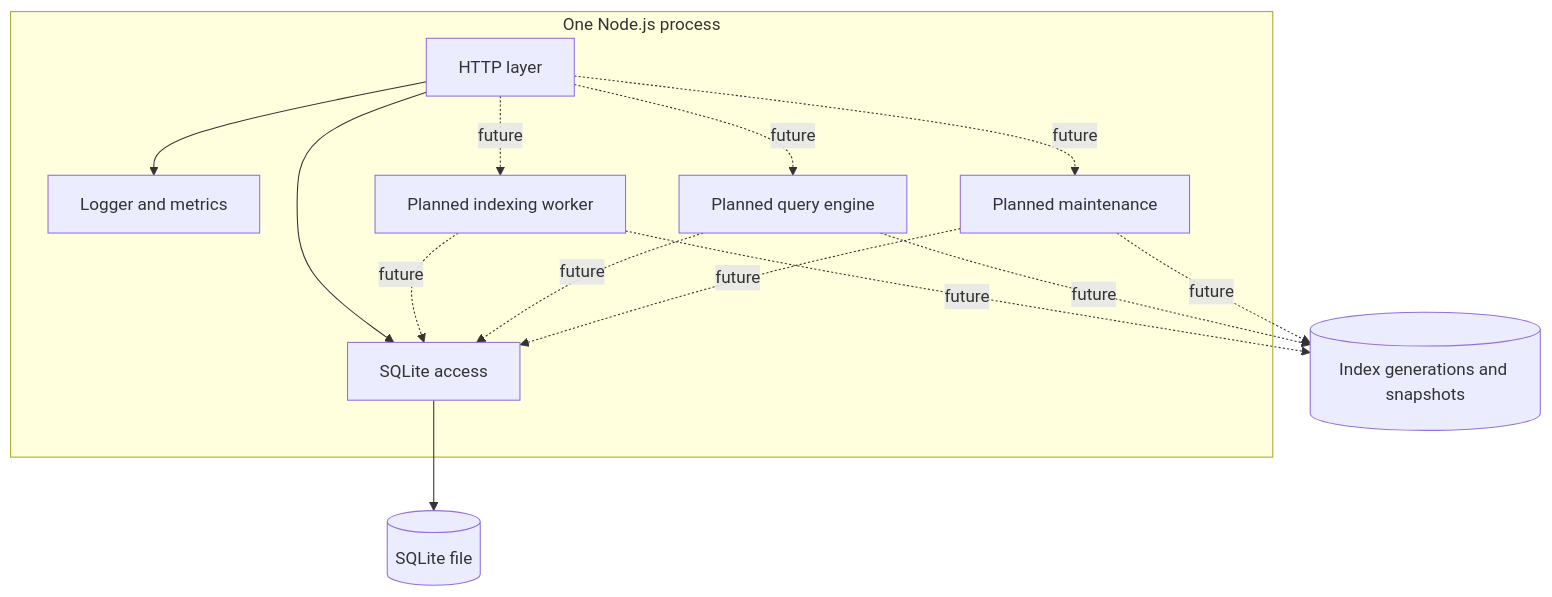
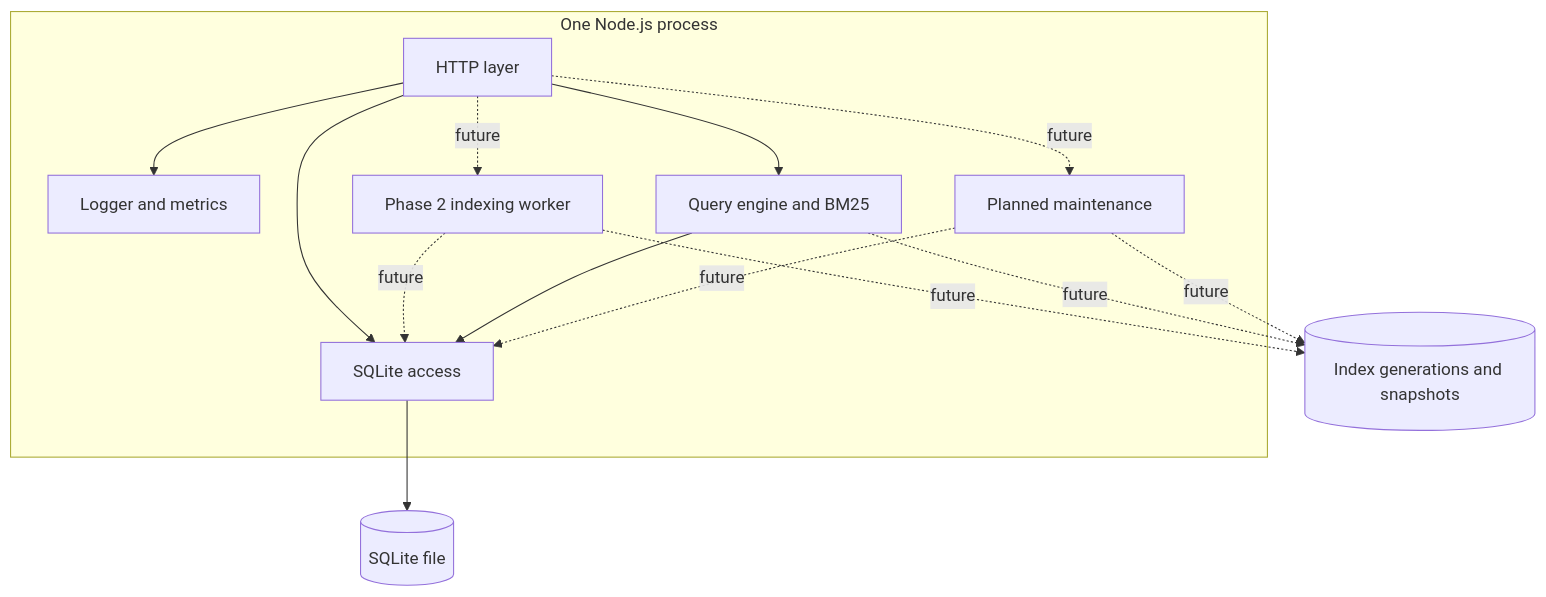
One commit to prajexec/SearchCraft changed the first of 2 diagrams in docs/architecture/ARCHITECTURE.md. Above: the diagram before and after it, drawn with Mermaid. The commit also changed other lines of this file and 40 other files, not shown here.

````diff
--- a/docs/architecture/ARCHITECTURE.md
+++ b/docs/architecture/ARCHITECTURE.md
@@ -11,24 +11,24 @@
 ```mermaid
 flowchart TB
     subgraph Process[One Node.js process]
         HTTP[HTTP layer]
         Observability[Logger and metrics]
         SQLiteAccess[SQLite access]
-        Indexing[Planned indexing worker]
-        Query[Planned query engine]
+        Indexing[Phase 2 indexing worker]
+        Query[Query engine and BM25]
         Maintenance[Planned maintenance]
     end
 
     HTTP --> Observability
     HTTP --> SQLiteAccess
     HTTP -. future .-> Indexing
-    HTTP -. future .-> Query
+    HTTP --> Query
     HTTP -. future .-> Maintenance
     Indexing -. future .-> SQLiteAccess
-    Query -. future .-> SQLiteAccess
+    Query --> SQLiteAccess
     Maintenance -. future .-> SQLiteAccess
     SQLiteAccess --> Database[(SQLite file)]
     Indexing -. future .-> Disk[(Index generations and snapshots)]
     Query -. future .-> Disk
     Maintenance -. future .-> Disk
 ```
````
